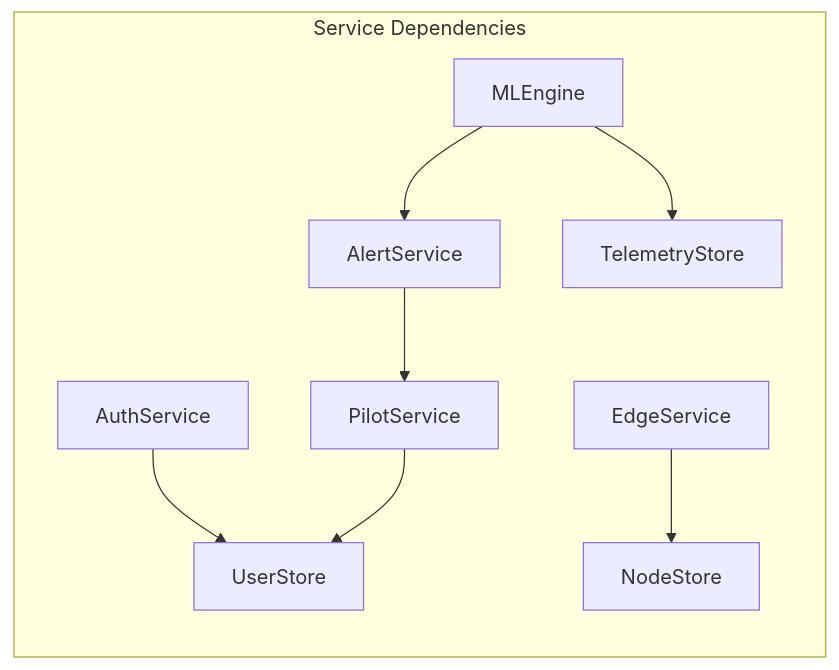
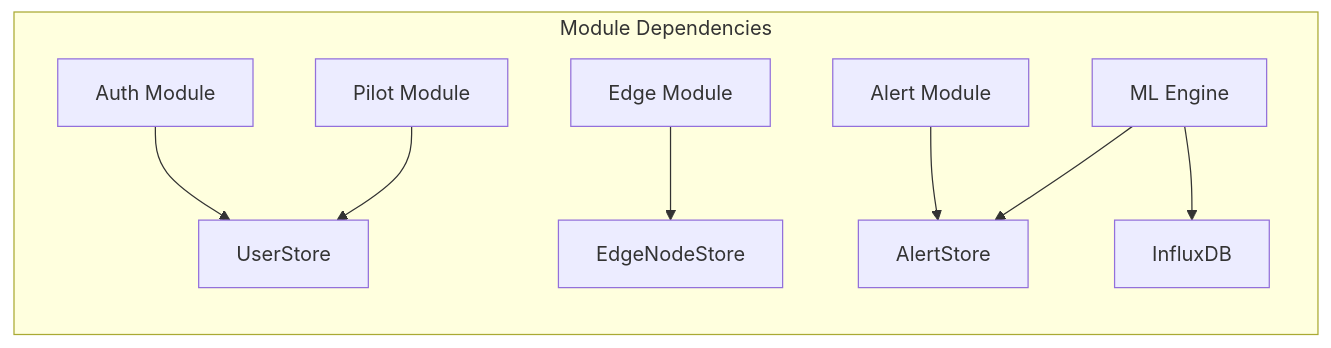
The fourth of 4 diagrams in docs/Create PTA-Aviation_Project_SEN381_task1.md (RoundRobinHood/cogniflight-cloud), drawn with Mermaid before and after one commit. The commit also changed other lines of this file, not shown here.

````diff
--- a/docs/Create PTA-Aviation_Project_SEN381_task1.md
+++ b/docs/Create PTA-Aviation_Project_SEN381_task1.md
@@ -409,11 +399,11 @@
 ```mermaid
 graph LR
-    subgraph "Service Dependencies"
-        AUTH[AuthService] --> USER[UserStore]
-        PILOT[PilotService] --> USER
-        EDGE[EdgeService] --> NODE[NodeStore]
-        ALERT[AlertService] --> PILOT
-        ML[MLEngine] --> TELEMETRY[TelemetryStore]
-        ML --> ALERT
+    subgraph "Module Dependencies"
+        AUTH[Auth Module] --> USER[UserStore]
+        PILOT[Pilot Module] --> USER
+        EDGE[Edge Module] --> NODE[EdgeNodeStore]
+        ALERT[Alert Module] --> ALERTSTORE[AlertStore]
+        ML[ML Engine] --> INFLUX[InfluxDB]
+        ML --> ALERTSTORE
     end
 ```
````
